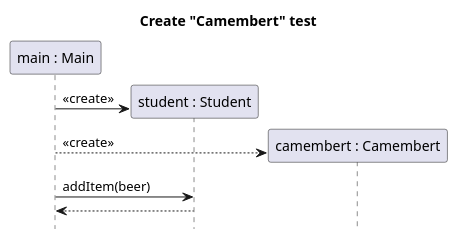
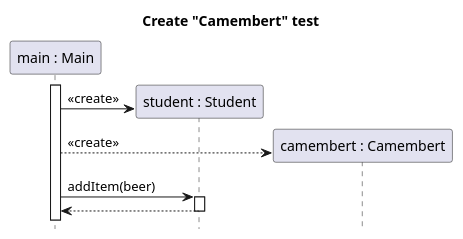
The diagram in docs/diagrams/test-create-sequence/student_use_camembert_create.puml (sn4k3ch4rm3r/logarlec), drawn with PlantUML before and after one commit. The commit also changed 22 other files, not shown here.

Commit message:
Modified and added sequence diagrams

```diff
--- a/docs/diagrams/test-create-sequence/student_use_camembert_create.puml
+++ b/docs/diagrams/test-create-sequence/student_use_camembert_create.puml
@@ -1,16 +1,17 @@
 @startuml item-beer-use-create
 title Create "Camembert" test
 hide footbox
 
 participant "main : Main" as main
 participant "student : Student" as student
 participant "camembert : Camembert" as camembert
 
+main++
 create student
 main -> student : <<create>>
 create camembert
 main --> camembert : <<create>>
-main -> student : addItem(beer)
-student --> main :
+main -> student ++ : addItem(beer)
+return
 
 @enduml
```
